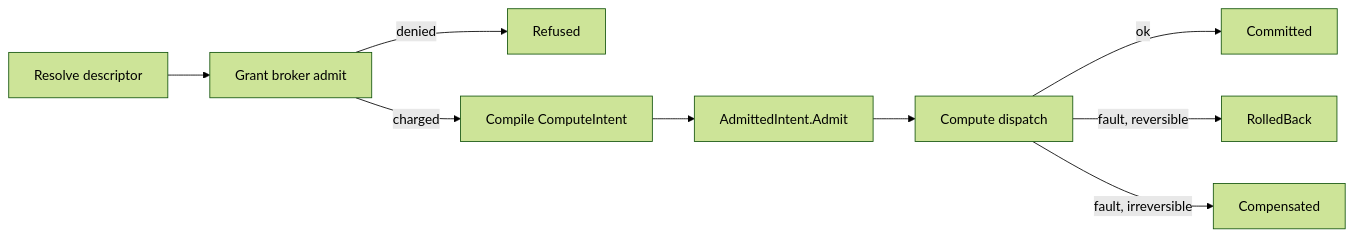
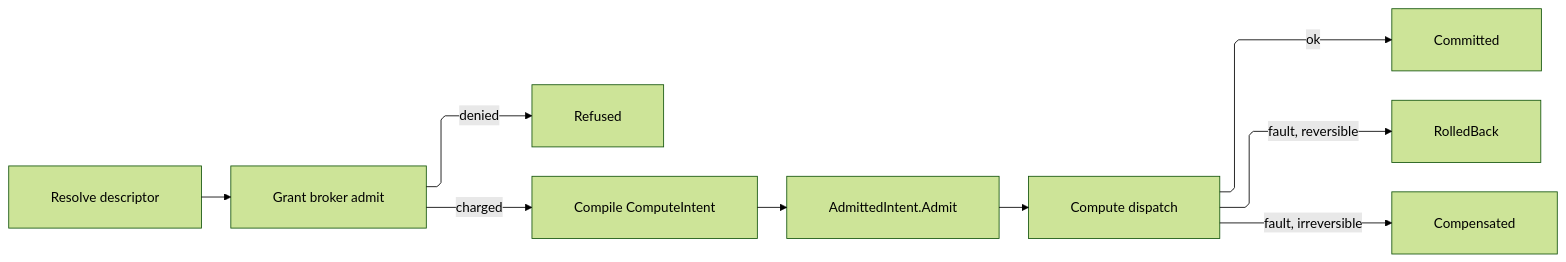
One commit to bsamiee/Rasm changed the diagram in libs/csharp/Rasm.AppHost/.planning/Agent/capability.md. Above: the diagram before and after it, drawn with Mermaid (forest theme). The commit also changed other lines of this file and 249 other files, not shown here.

````diff
--- a/libs/csharp/Rasm.AppHost/.planning/Agent/capability.md
+++ b/libs/csharp/Rasm.AppHost/.planning/Agent/capability.md
@@ -381,11 +388,20 @@
 ```mermaid
+---
+config:
+  layout: elk
+  flowchart:
+    curve: linear
+    padding: 25
+---
 flowchart LR
+    accTitle: Brokered command lifecycle
+    accDescr: One resolved descriptor passes grant admission, compiles to a compute intent, dispatches, and settles as committed, rolled back, or compensated.
     Resolve[Resolve descriptor] --> Broker[Grant broker admit]
     Broker -->|denied| Refused[Refused]
     Broker -->|charged| Compile[Compile ComputeIntent]
     Compile --> Admit[AdmittedIntent.Admit]
     Admit --> Dispatch[Compute dispatch]
     Dispatch -->|ok| Committed[Committed]
     Dispatch -->|fault, reversible| RolledBack[RolledBack]
     Dispatch -->|fault, irreversible| Compensated[Compensated]
 ```
````
